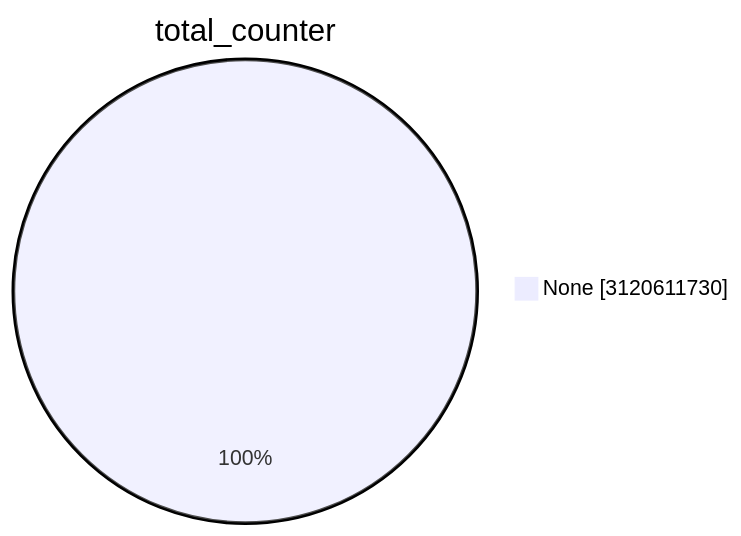
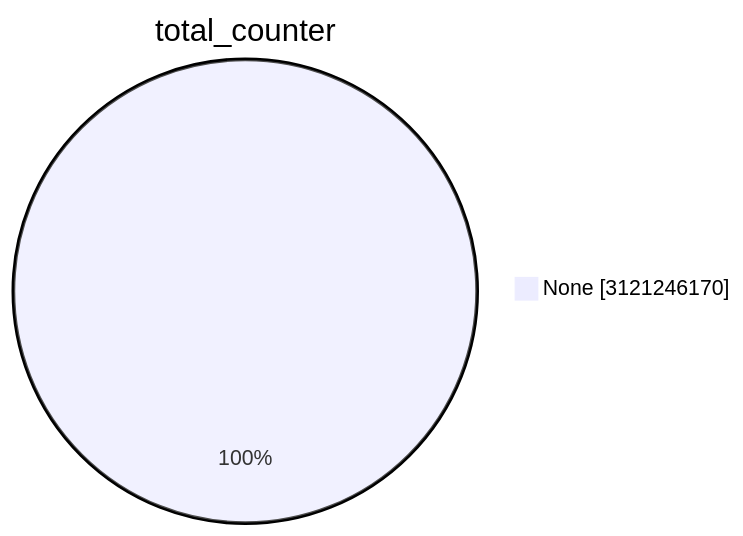
Before and after one commit to christiankrug/ctmonitor_visualization: the first of 15 diagrams in TOTAL/README.md, drawn with Mermaid. The commit also changed other lines of this file, not shown here.

````diff
--- a/TOTAL/README.md
+++ b/TOTAL/README.md
@@ -1,5 +1,5 @@
 ```mermaid
 pie showData
 title total_counter
-"None" :3120611730
+"None" :3121246170
 ```
````
